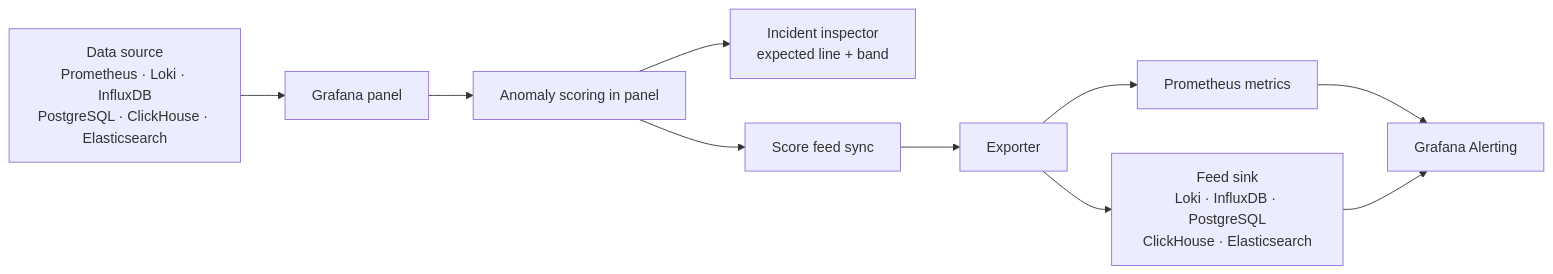
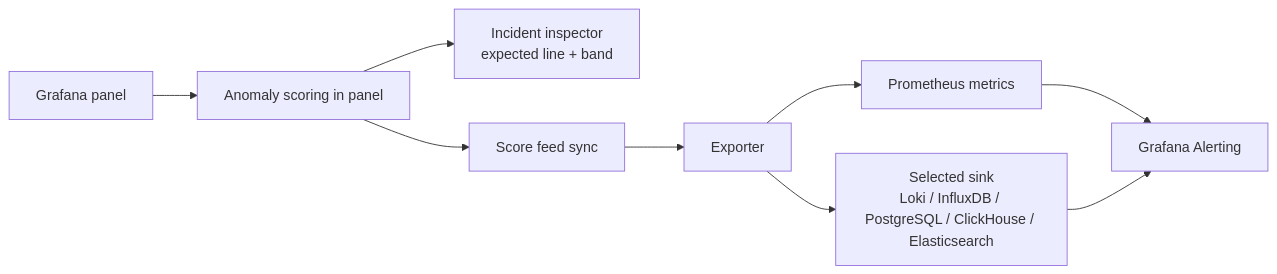
The diagram in README.md (alpaslancetin/grafana-anomaly-detector), drawn with Mermaid before and after one commit. The commit also changed other lines of this file and 96 other files, not shown here.

````diff
--- a/README.md
+++ b/README.md
@@ -70,12 +79,11 @@
 ```mermaid
 flowchart LR
-    S["Data source<br/>Prometheus · Loki · InfluxDB<br/>PostgreSQL · ClickHouse · Elasticsearch"] --> A["Grafana panel"]
-    A --> B["Anomaly scoring in panel"]
+    A["Grafana panel"] --> B["Anomaly scoring in panel"]
     B --> C["Incident inspector<br/>expected line + band"]
     B --> D["Score feed sync"]
     D --> E["Exporter"]
     E --> F["Prometheus metrics"]
-    E --> G["Feed sink<br/>Loki · InfluxDB · PostgreSQL<br/>ClickHouse · Elasticsearch"]
-    F --> H["Grafana Alerting"]
-    G --> H
+    E --> H["Selected sink<br/>Loki / InfluxDB / PostgreSQL / ClickHouse / Elasticsearch"]
+    F --> G["Grafana Alerting"]
+    H --> G
 ```
````
